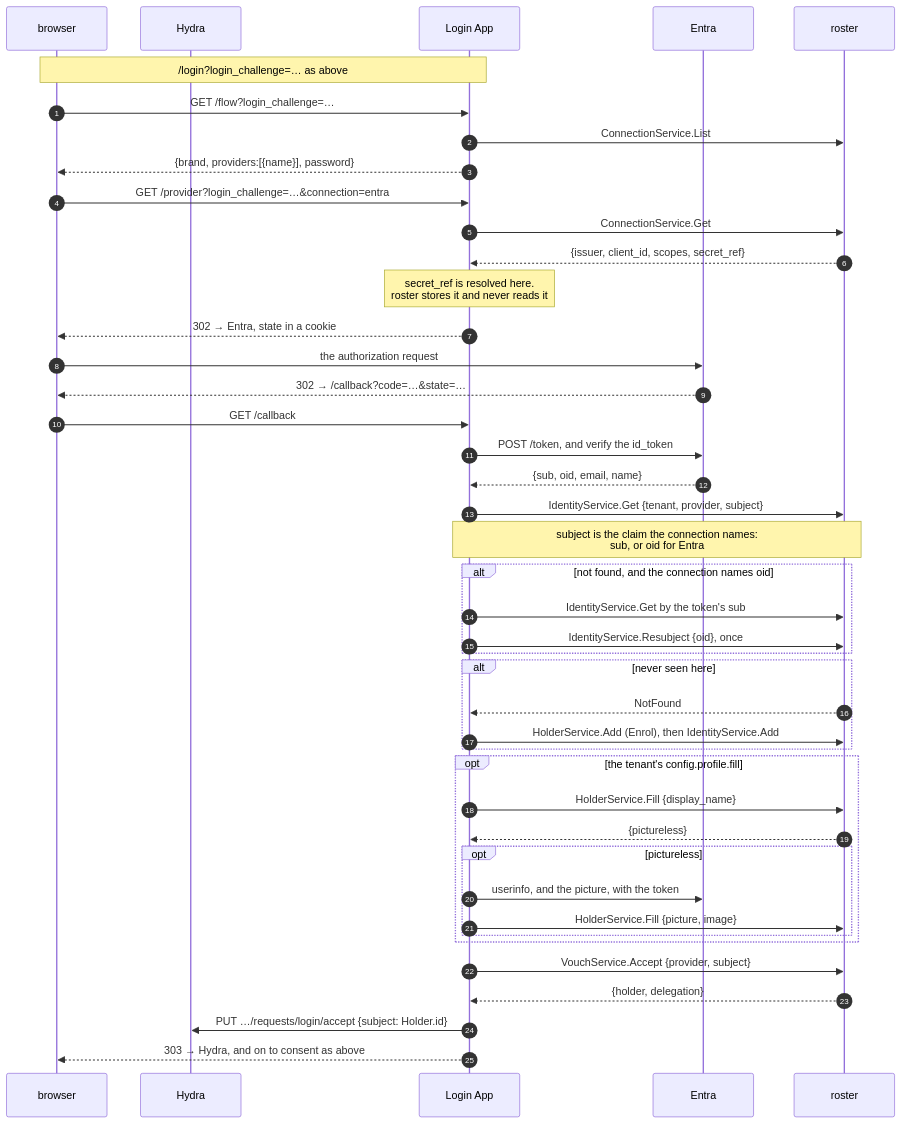
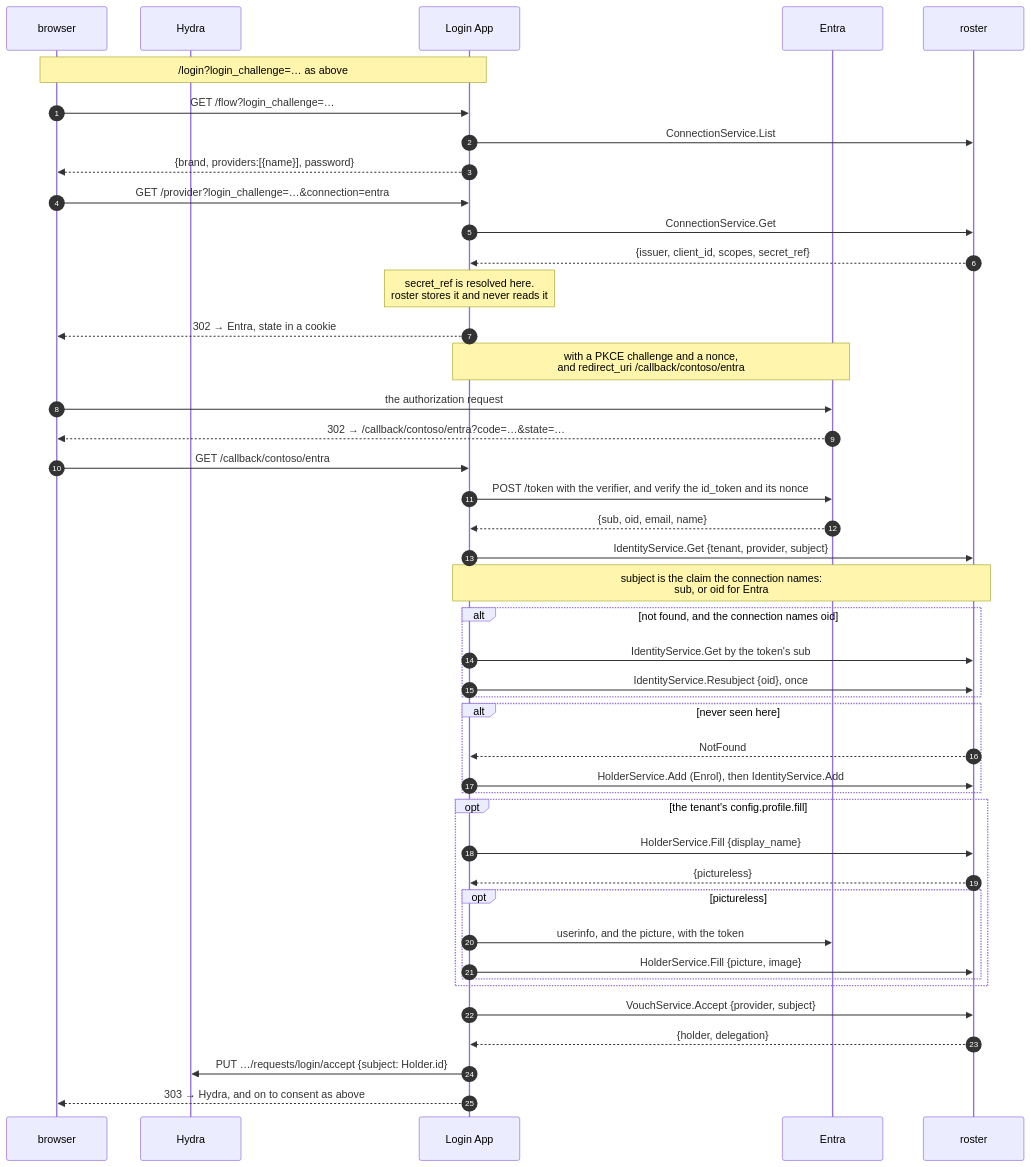
Before and after one commit to lesomnus/roster: the fourth of 7 diagrams in docs/login.md, drawn with Mermaid. The commit also changed other lines of this file and 41 other files, not shown here.

````diff
--- a/docs/login.md
+++ b/docs/login.md
@@ -312,48 +312,49 @@
 ```mermaid
 sequenceDiagram
   autonumber
   participant B as browser
   participant H as Hydra
   participant L as Login App
   participant E as Entra
   participant R as roster
 
   Note over B,L: /login?login_challenge=… as above
   B->>L: GET /flow?login_challenge=…
   L->>R: ConnectionService.List
   L-->>B: {brand, providers:[{name}], password}
 
   B->>L: GET /provider?login_challenge=…&connection=entra
   L->>R: ConnectionService.Get
   R-->>L: {issuer, client_id, scopes, secret_ref}
   Note over L: secret_ref is resolved here.<br/>roster stores it and never reads it
   L-->>B: 302 → Entra, state in a cookie
+  Note over L,E: with a PKCE challenge and a nonce,<br/>and redirect_uri /callback/contoso/entra
   B->>E: the authorization request
-  E-->>B: 302 → /callback?code=…&state=…
+  E-->>B: 302 → /callback/contoso/entra?code=…&state=…
 
-  B->>L: GET /callback
-  L->>E: POST /token, and verify the id_token
+  B->>L: GET /callback/contoso/entra
+  L->>E: POST /token with the verifier, and verify the id_token and its nonce
   E-->>L: {sub, oid, email, name}
   L->>R: IdentityService.Get {tenant, provider, subject}
   Note over L,R: subject is the claim the connection names:<br/>sub, or oid for Entra
   alt not found, and the connection names oid
     L->>R: IdentityService.Get by the token's sub
     L->>R: IdentityService.Resubject {oid}, once
   end
   alt never seen here
     R-->>L: NotFound
     L->>R: HolderService.Add (Enrol), then IdentityService.Add
   end
   opt the tenant's config.profile.fill
     L->>R: HolderService.Fill {display_name}
     R-->>L: {pictureless}
     opt pictureless
       L->>E: userinfo, and the picture, with the token
       L->>R: HolderService.Fill {picture, image}
     end
   end
   L->>R: VouchService.Accept {provider, subject}
   R-->>L: {holder, delegation}
   L->>H: PUT …/requests/login/accept {subject: Holder.id}
   L-->>B: 303 → Hydra, and on to consent as above
 ```
````
